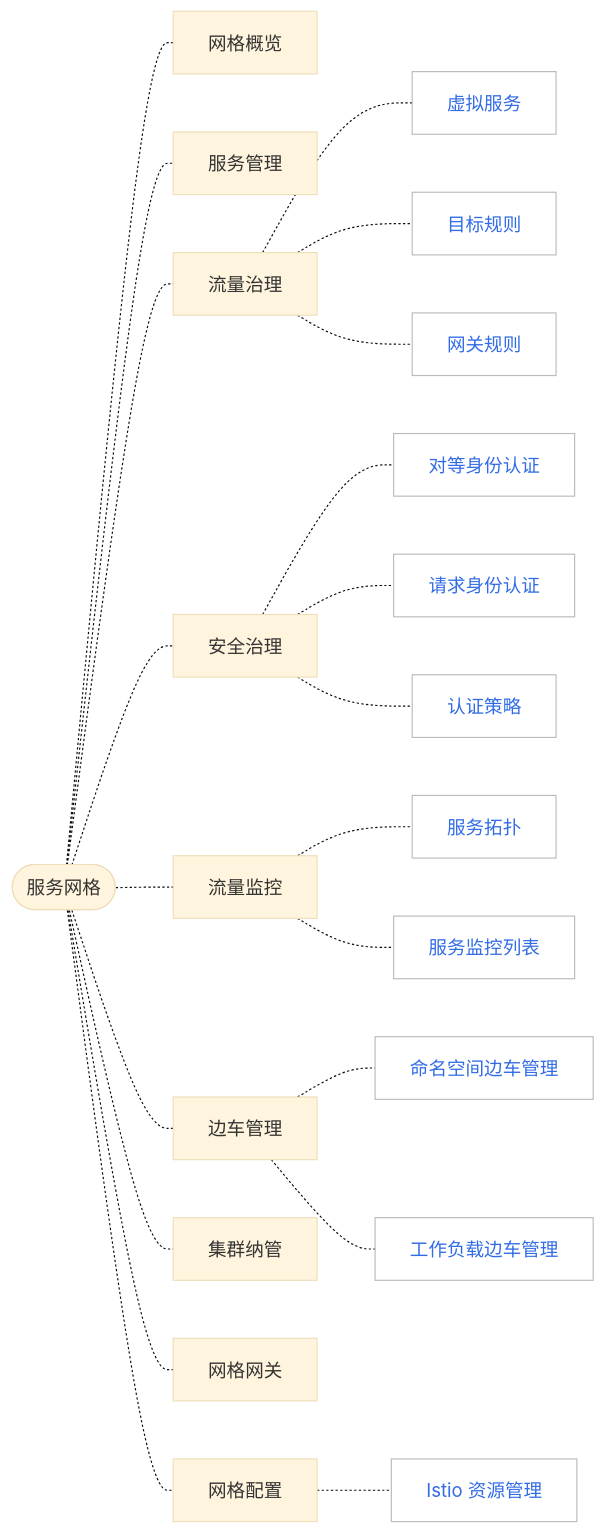
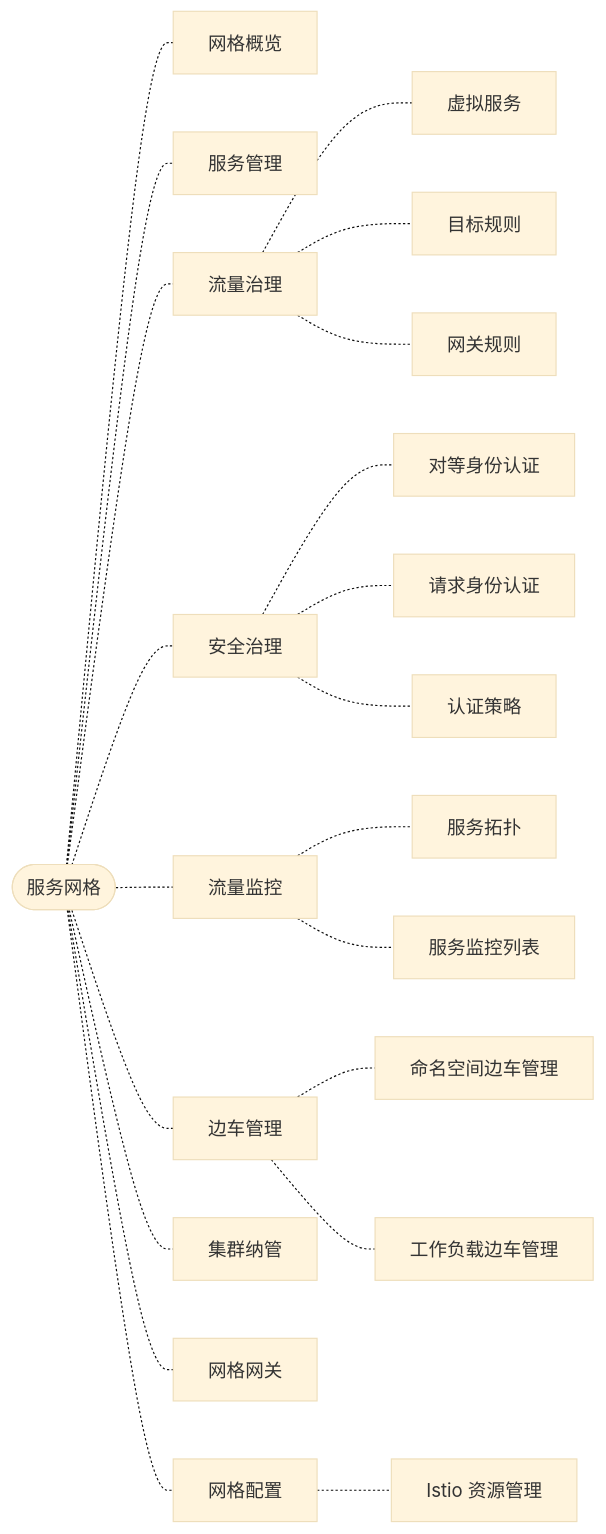
One commit to DaoCloud/DaoCloud-docs changed the diagram in docs/zh/docs/mspider/intro/comp-archi-ui/architect.md. Above: the diagram before and after it, drawn with Mermaid (base theme). The commit also changed 40 other files, not shown here.

Commit message:
remove classdef and class from mermaid blocks globally (#7555)

````diff
--- a/docs/zh/docs/mspider/intro/comp-archi-ui/architect.md
+++ b/docs/zh/docs/mspider/intro/comp-archi-ui/architect.md
@@ -49,41 +49,35 @@
 ```mermaid
 graph LR
 
     mesh([服务网格]) -.- overview[网格概览]
     mesh -.- service[服务管理]
     mesh -.- traffic[流量治理]
         traffic -.- vs[虚拟服务]
         traffic -.- dr[目标规则]
         traffic -.- gw[网关规则]
     mesh -.- security[安全治理]
         security -.- peer[对等身份认证]
         security -.- request[请求身份认证]
         security -.- authz[认证策略]
     mesh -.- monitor[流量监控]
         monitor -.- tp[服务拓扑]
         monitor -.- list[服务监控列表]
     mesh -.- sidecar[边车管理]
         sidecar -.- ns[命名空间边车管理]
         sidecar -.- workload[工作负载边车管理]
     mesh -.- cluster[集群纳管]
     mesh -.- meshgw[网格网关]
     mesh -.- config[网格配置] -.- istio[Istio 资源管理]
 
 click vs "https://docs.daocloud.io/mspider/user-guide/traffic-governance/virtual-service/"
 click dr "https://docs.daocloud.io/mspider/user-guide/traffic-governance/destination-rules/"
 click gw "https://docs.daocloud.io/mspider/user-guide/traffic-governance/gateway-rules/"
 click peer "https://docs.daocloud.io/mspider/user-guide/security/peer/"
 click request "https://docs.daocloud.io/mspider/user-guide/security/request/"
 click authz "https://docs.daocloud.io/mspider/user-guide/security/authorize/"
 click tp "https://docs.daocloud.io/mspider/user-guide/traffic-monitor/conn-topo/"
 click list "https://docs.daocloud.io/mspider/user-guide/traffic-monitor/monitoring-indicators/"
 click ns "https://docs.daocloud.io/mspider/user-guide/sidecar-management/ns-sidecar/"
 click workload "https://docs.daocloud.io/mspider/user-guide/sidecar-management/workload-sidecar/"
 click istio "https://docs.daocloud.io/mspider/user-guide/mesh-config/istio-resources/"
-
- classDef plain fill:#ddd,stroke:#fff,stroke-width:4px,color:#000;
- classDef k8s fill:#326ce5,stroke:#fff,stroke-width:4px,color:#fff;
- classDef cluster fill:#fff,stroke:#bbb,stroke-width:1px,color:#326ce5;
-
- class vs,dr,gw,peer,request,authz,tp,list,ns,workload,global,istio cluster;
 ```
````
